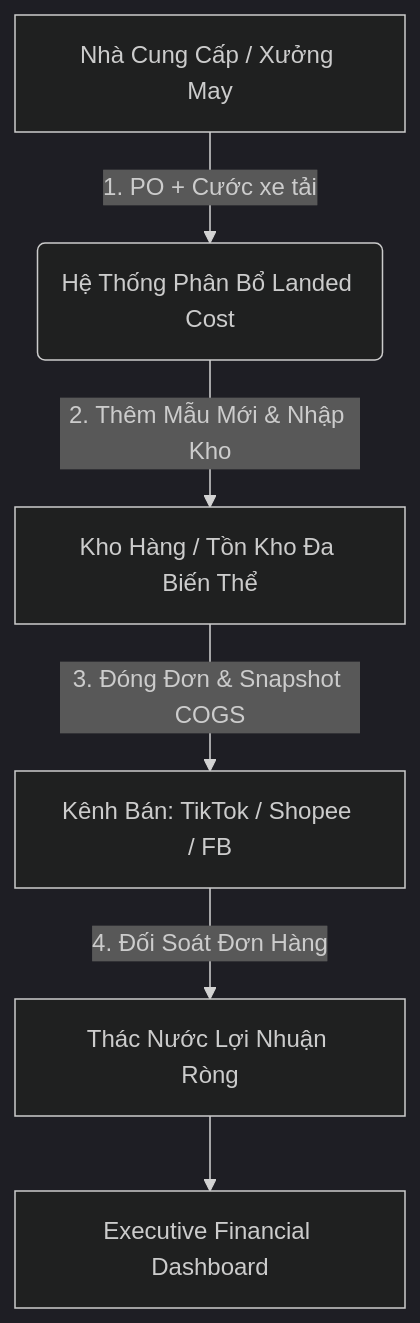
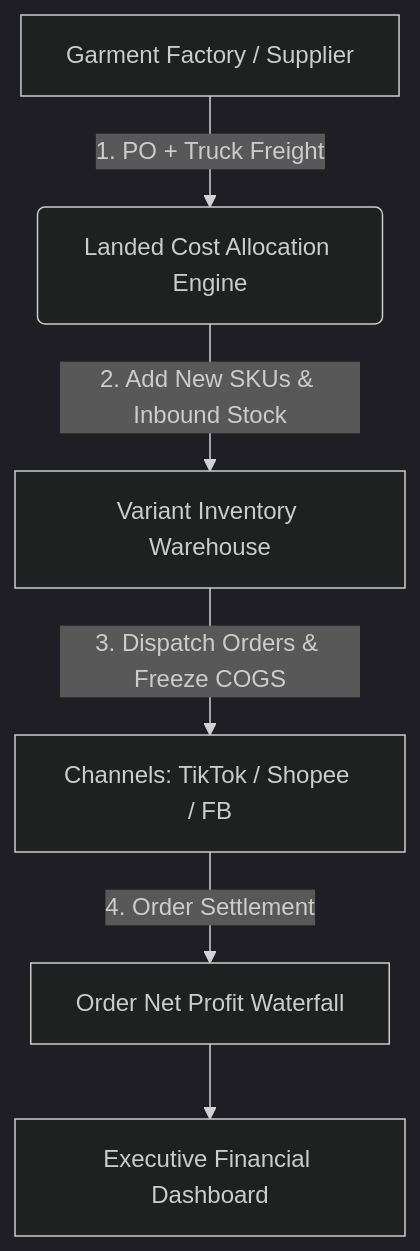
The first of 3 diagrams in README.md (duchoa0405/Day1_intern_VSF), drawn with Mermaid (dark theme) before and after one commit. The commit also changed other lines of this file and 1 other file, not shown here.

````diff
--- a/README.md
+++ b/README.md
@@ -16,8 +16,8 @@
 ```mermaid
 flowchart TD
-    A[Nhà Cung Cấp / Xưởng May] -->|1. PO + Cước xe tải| B(Hệ Thống Phân Bổ Landed Cost)
-    B -->|2. Thêm Mẫu Mới & Nhập Kho| C[Kho Hàng / Tồn Kho Đa Biến Thể]
-    C -->|3. Đóng Đơn & Snapshot COGS| D[Kênh Bán: TikTok / Shopee / FB]
-    D -->|4. Đối Soát Đơn Hàng| E[Thác Nước Lợi Nhuận Ròng]
+    A[Garment Factory / Supplier] -->|1. PO + Truck Freight| B(Landed Cost Allocation Engine)
+    B -->|2. Add New SKUs & Inbound Stock| C[Variant Inventory Warehouse]
+    C -->|3. Dispatch Orders & Freeze COGS| D[Channels: TikTok / Shopee / FB]
+    D -->|4. Order Settlement| E[Order Net Profit Waterfall]
     E --> G[Executive Financial Dashboard]
 ```
````
